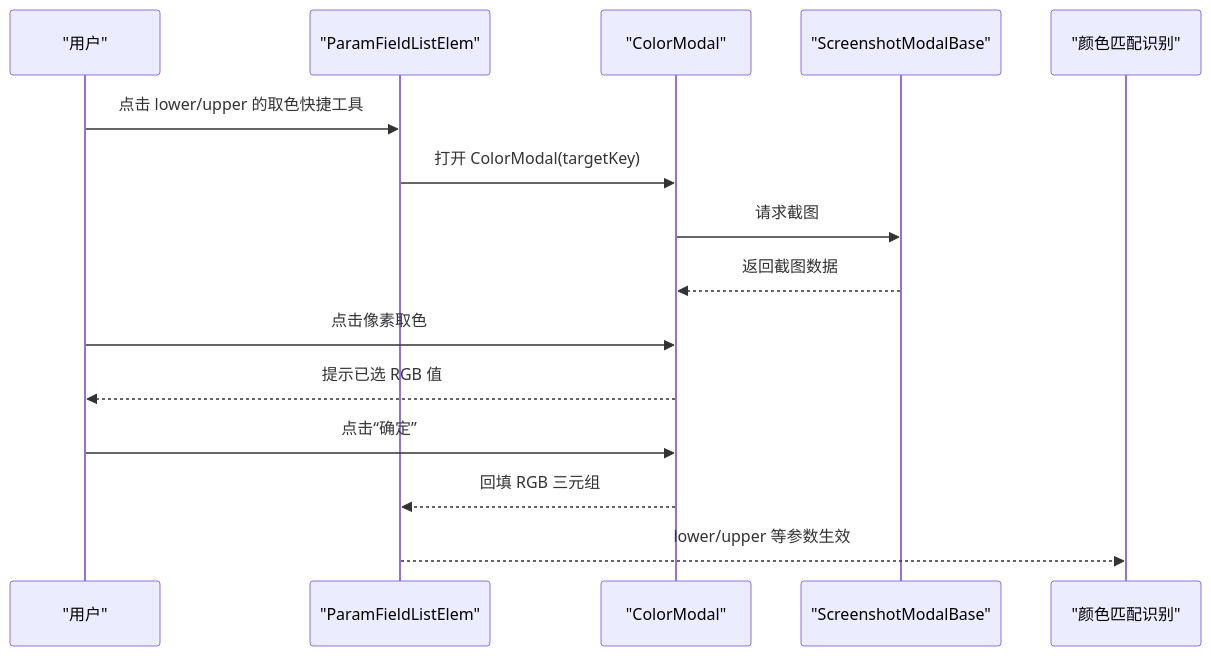
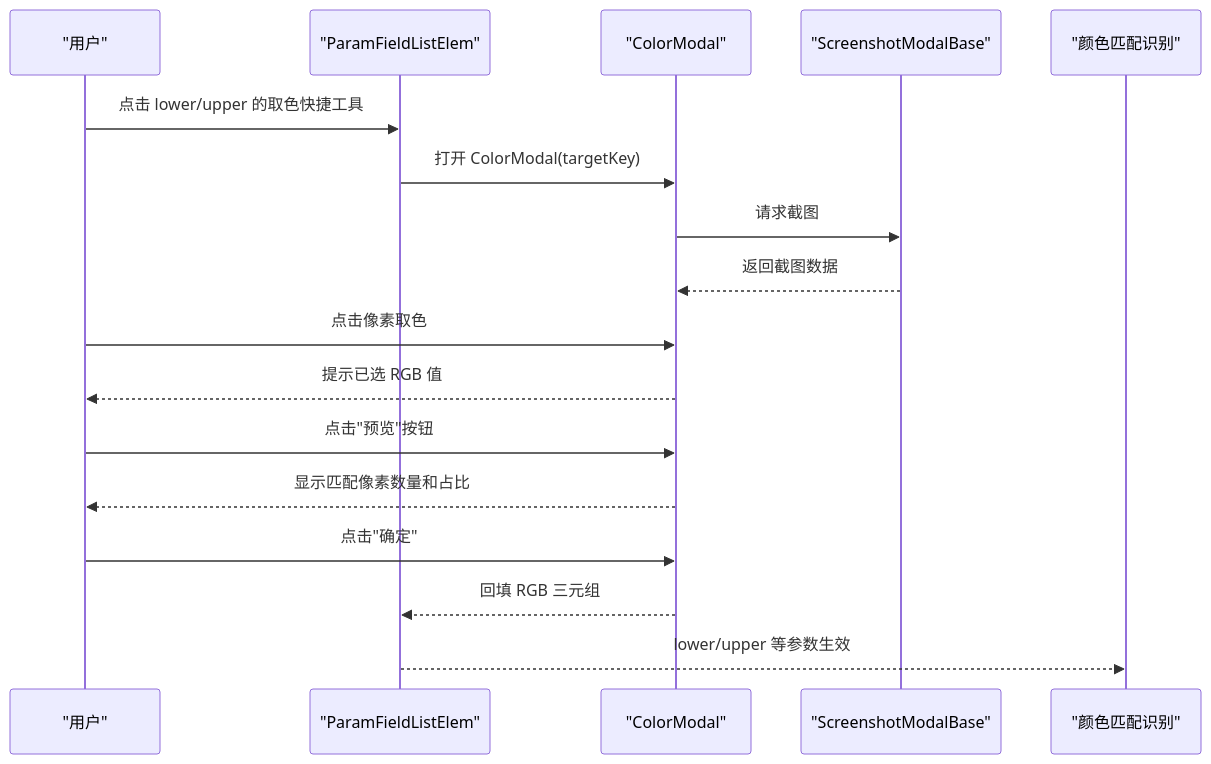
The second of 4 diagrams in .qoder/repowiki/zh/content/核心概念/颜色识别模态框.md (kqcoxn/MaaPipelineEditor), drawn with Mermaid before and after one commit. The commit also changed other lines of this file and 6 other files, not shown here.

````diff
--- a/.qoder/repowiki/zh/content/核心概念/颜色识别模态框.md
+++ b/.qoder/repowiki/zh/content/核心概念/颜色识别模态框.md
@@ -93,17 +99,19 @@
 ```mermaid
 sequenceDiagram
 participant 用户 as "用户"
 participant 字段面板 as "ParamFieldListElem"
 participant 取色模态 as "ColorModal"
 participant 截图基座 as "ScreenshotModalBase"
 participant 后端识别 as "颜色匹配识别"
 用户->>字段面板 : 点击 lower/upper 的取色快捷工具
 字段面板->>取色模态 : 打开 ColorModal(targetKey)
 取色模态->>截图基座 : 请求截图
 截图基座-->>取色模态 : 返回截图数据
 用户->>取色模态 : 点击像素取色
 取色模态-->>用户 : 提示已选 RGB 值
-用户->>取色模态 : 点击“确定”
+用户->>取色模态 : 点击"预览"按钮
+取色模态-->>用户 : 显示匹配像素数量和占比
+用户->>取色模态 : 点击"确定"
 取色模态-->>字段面板 : 回填 RGB 三元组
 字段面板-->>后端识别 : lower/upper 等参数生效
 ```
````
